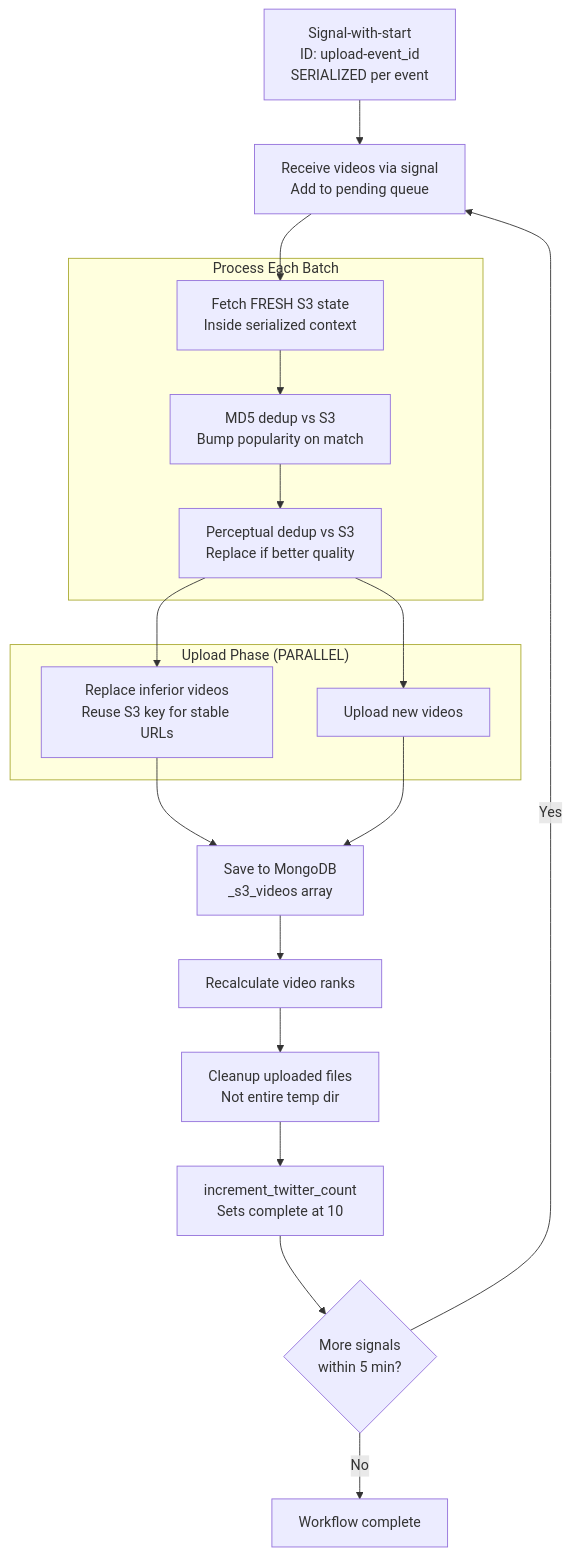
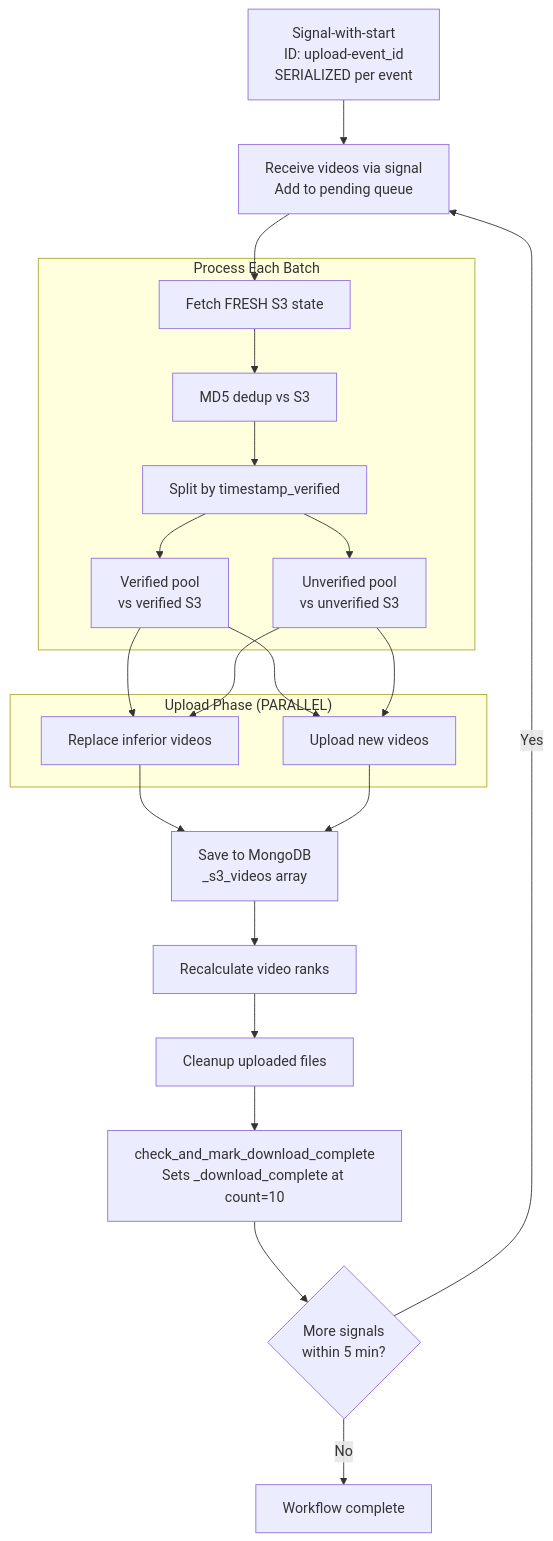
Before and after one commit to vedantadhobley/found-footy: diagram 14 of 14 in README.md, drawn with Mermaid. The commit also changed other lines of this file and 5 other files, not shown here.

````diff
--- a/README.md
+++ b/README.md
@@ -758,29 +706,32 @@
 ```mermaid
 flowchart TB
     TRIGGER[Signal-with-start<br/>ID: upload-event_id<br/>SERIALIZED per event]
     
     QUEUE[Receive videos via signal<br/>Add to pending queue]
     
     subgraph BATCH["Process Each Batch"]
-        FETCH[Fetch FRESH S3 state<br/>Inside serialized context]
-        MD5[MD5 dedup vs S3<br/>Bump popularity on match]
-        PHASH[Perceptual dedup vs S3<br/>Replace if better quality]
+        FETCH[Fetch FRESH S3 state]
+        MD5[MD5 dedup vs S3]
+        SPLIT[Split by timestamp_verified]
+        VPOOL[Verified pool<br/>vs verified S3]
+        UPOOL[Unverified pool<br/>vs unverified S3]
     end
     
     subgraph UPLOAD["Upload Phase (PARALLEL)"]
-        REPLACE[Replace inferior videos<br/>Reuse S3 key for stable URLs]
+        REPLACE[Replace inferior videos]
         NEW[Upload new videos]
     end
     
     SAVE[Save to MongoDB<br/>_s3_videos array]
     RANKS[Recalculate video ranks]
-    CLEANUP[Cleanup uploaded files<br/>Not entire temp dir]
-    COUNT[increment_twitter_count<br/>Sets complete at 10]
+    CLEANUP[Cleanup uploaded files]
+    COUNT[check_and_mark_download_complete<br/>Sets _download_complete at count=10]
     WAIT{More signals<br/>within 5 min?}
     DONE[Workflow complete]
     
-    TRIGGER --> QUEUE --> FETCH --> MD5 --> PHASH
-    PHASH --> REPLACE & NEW --> SAVE --> RANKS --> CLEANUP --> COUNT --> WAIT
+    TRIGGER --> QUEUE --> FETCH --> MD5 --> SPLIT
+    SPLIT --> VPOOL & UPOOL
+    VPOOL & UPOOL --> REPLACE & NEW --> SAVE --> RANKS --> CLEANUP --> COUNT --> WAIT
     WAIT -->|Yes| QUEUE
     WAIT -->|No| DONE
 ```
````
